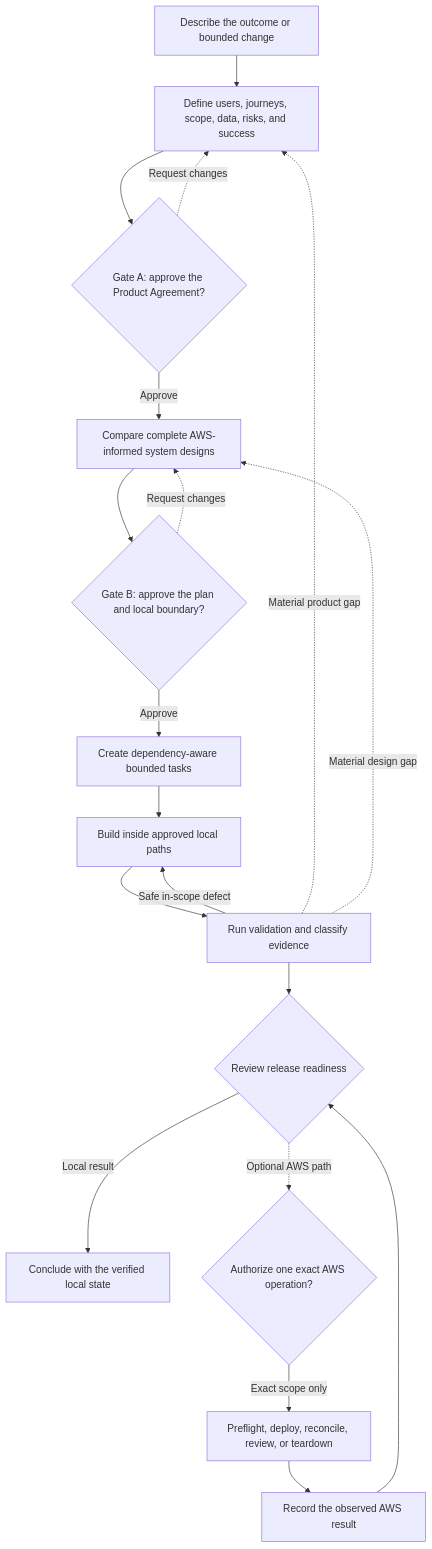
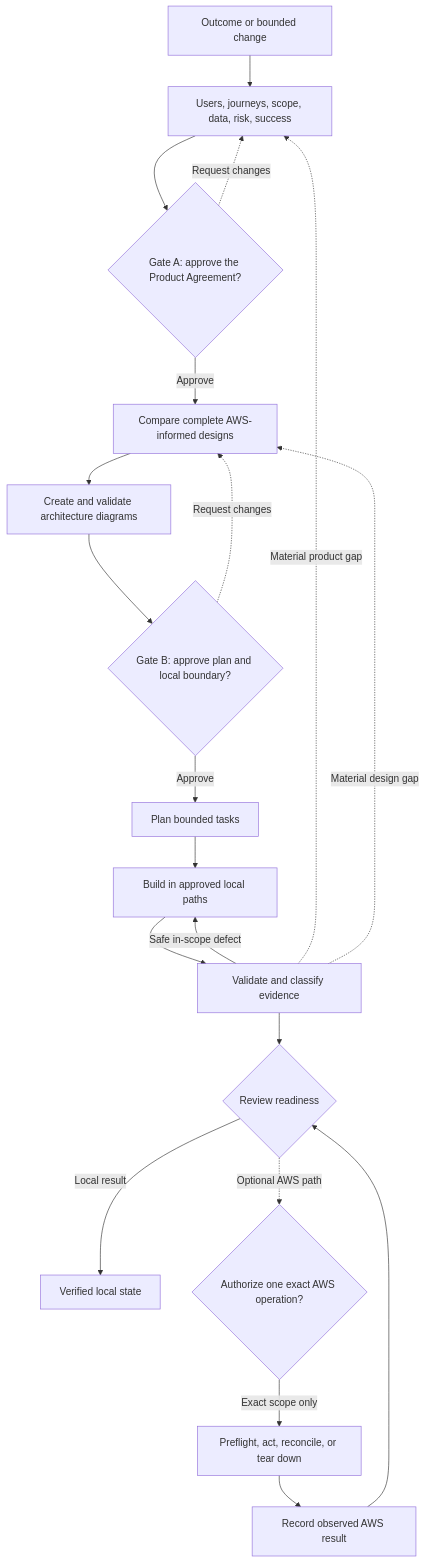
The first of 2 diagrams in README.md (Levi-Breedlove/codex-aws-aidlc), drawn with Mermaid before and after one commit. The commit also changed other lines of this file and 11 other files, not shown here.

Commit message:
docs: explain Fastlane workflow and diagrams in 1.3.3

````diff
--- a/README.md
+++ b/README.md
@@ -37,36 +35,18 @@
 ```mermaid
 flowchart TB
     accTitle: Fastlane customer delivery lifecycle
-    accDescr: The owner approves product and technical boundaries. Fastlane plans, builds, and verifies locally; corrections return to the affected stage, and separately authorized AWS results return to release review.
-
-    IDEA["Describe the outcome or bounded change"]
-    DEFINE["Define users, journeys, scope, data, risks, and success"]
-    GATEA{"Gate A: approve the Product Agreement?"}
-    DESIGN["Compare complete AWS-informed system designs"]
-    GATEB{"Gate B: approve the plan and local boundary?"}
-    TASKS["Create dependency-aware bounded tasks"]
-    BUILD["Build inside approved local paths"]
-    VERIFY["Run validation and classify evidence"]
-    RELEASE{"Review release readiness"}
-    LOCAL["Conclude with the verified local state"]
-    AWSAUTH{"Authorize one exact AWS operation?"}
-    AWSOPS["Preflight, deploy, reconcile, review, or teardown"]
-    AWSRESULT["Record the observed AWS result"]
-
-    IDEA --> DEFINE --> GATEA
-    GATEA -->|"Approve"| DESIGN
-    GATEA -. "Request changes" .-> DEFINE
-
-    DESIGN --> GATEB
-    GATEB -->|"Approve"| TASKS
-    GATEB -. "Request changes" .-> DESIGN
-
-    TASKS --> BUILD --> VERIFY --> RELEASE
-    VERIFY -->|"Safe in-scope defect"| BUILD
-    VERIFY -. "Material product gap" .-> DEFINE
-    VERIFY -. "Material design gap" .-> DESIGN
-
-    RELEASE -->|"Local result"| LOCAL
-    RELEASE -. "Optional AWS path" .-> AWSAUTH
-    AWSAUTH -->|"Exact scope only"| AWSOPS --> AWSRESULT --> RELEASE
+    accDescr: The owner approves product and technical boundaries. Fastlane defines, diagrams, plans, builds, and verifies locally; corrections return to the affected stage, while separately authorized AWS results return to release review.
+    IDEA["Outcome or bounded change"]; DEFINE["Users, journeys, scope, data, risk, success"]
+    GATEA{"Gate A: approve the Product Agreement?"}; DESIGN["Compare complete AWS-informed designs"]
+    DIAGRAMS["Create and validate architecture diagrams"]; GATEB{"Gate B: approve plan and local boundary?"}
+    TASKS["Plan bounded tasks"]; BUILD["Build in approved local paths"]
+    VERIFY["Validate and classify evidence"]; RELEASE{"Review readiness"}
+    LOCAL["Verified local state"]; AWSAUTH{"Authorize one exact AWS operation?"}
+    AWSOPS["Preflight, act, reconcile, or tear down"]; AWSRESULT["Record observed AWS result"]
+    IDEA --> DEFINE --> GATEA; GATEA -->|"Approve"| DESIGN --> DIAGRAMS --> GATEB
+    GATEA -. "Request changes" .-> DEFINE; GATEB -->|"Approve"| TASKS
+    GATEB -. "Request changes" .-> DESIGN; TASKS --> BUILD --> VERIFY --> RELEASE
+    VERIFY -->|"Safe in-scope defect"| BUILD; VERIFY -. "Material product gap" .-> DEFINE
+    VERIFY -. "Material design gap" .-> DESIGN; RELEASE -->|"Local result"| LOCAL
+    RELEASE -. "Optional AWS path" .-> AWSAUTH; AWSAUTH -->|"Exact scope only"| AWSOPS --> AWSRESULT --> RELEASE
 ```
````
